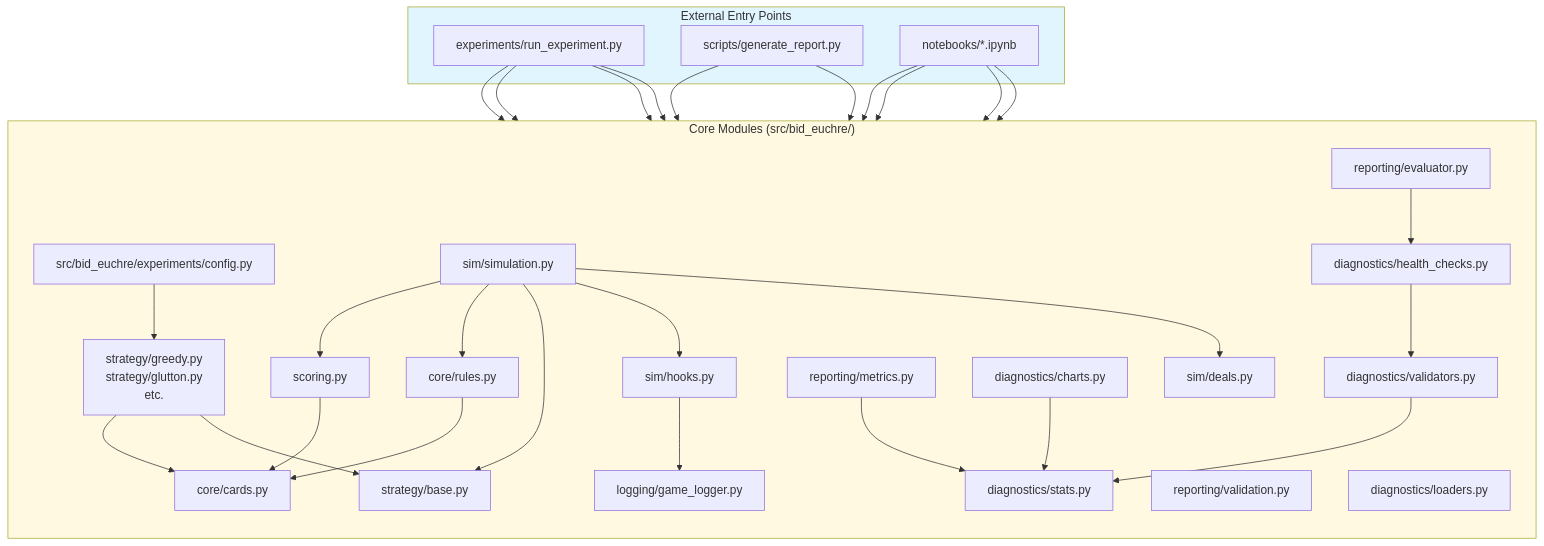
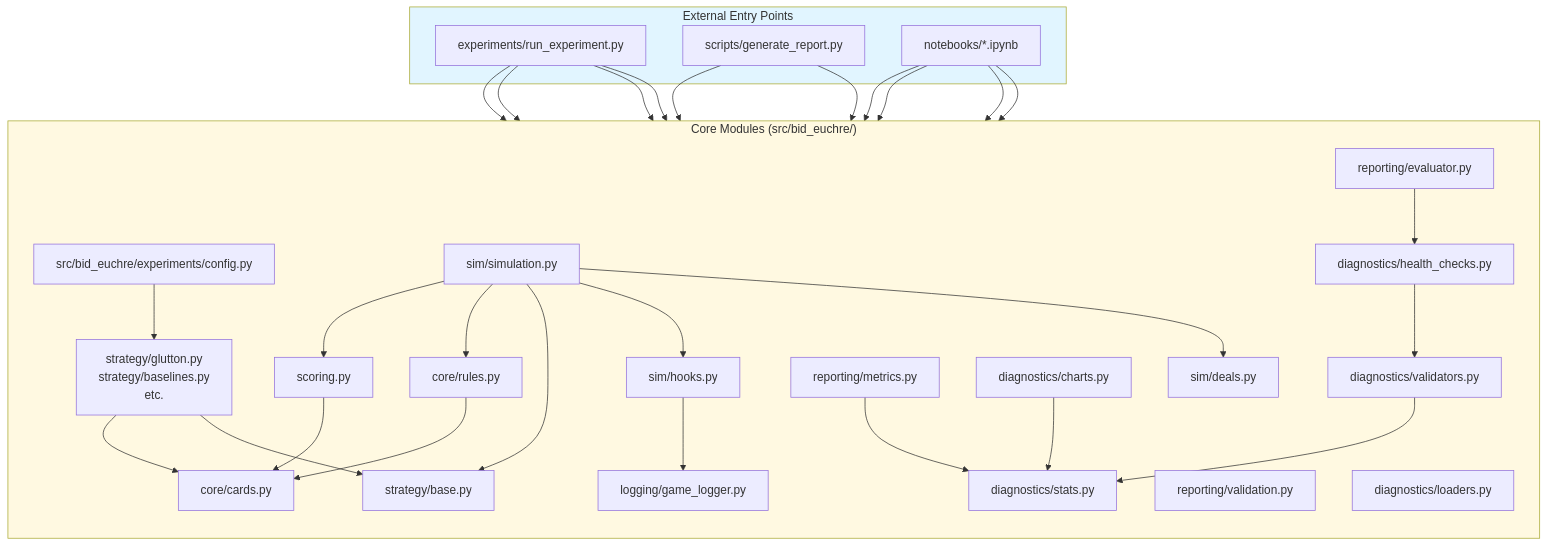
Before and after one commit to Questuart/Bid-Euchre: the fourth of 8 diagrams in docs/FLOW_DIAGRAM.md, drawn with Mermaid. The commit also changed 1 other file, not shown here.

Commit message:
fix(docs): update greedy.py → glutton.py references in docs
Fix docs freshness check failure — STRATEGY_VERSIONING.md and
FLOW_DIAGRAM.md still referenced the old file path.

````diff
--- a/docs/FLOW_DIAGRAM.md
+++ b/docs/FLOW_DIAGRAM.md
@@ -223,76 +223,76 @@
 ```mermaid
 flowchart TD
     subgraph External["External Entry Points"]
         RunExp["experiments/run_experiment.py"]
         GenReport["scripts/generate_report.py"]
         Notebooks["notebooks/*.ipynb"]
     end
 
     subgraph Core["Core Modules (src/bid_euchre/)"]
         direction TB
 
         ExpConfig["src/bid_euchre/experiments/config.py"]
 
         SimDeals["sim/deals.py"]
         SimEngine["sim/simulation.py"]
         SimHooks["sim/hooks.py"]
 
         CoreCards["core/cards.py"]
         CoreRules["core/rules.py"]
         Scoring["scoring.py"]
 
         StratBase["strategy/base.py"]
-        StratImpl["strategy/greedy.py<br/>strategy/glutton.py<br/>etc."]
+        StratImpl["strategy/glutton.py<br/>strategy/baselines.py<br/>etc."]
 
         Logger["logging/game_logger.py"]
 
         RepEvaluator["reporting/evaluator.py"]
         RepMetrics["reporting/metrics.py"]
         RepValidation["reporting/validation.py"]
 
         DiagLoaders["diagnostics/loaders.py"]
         DiagCharts["diagnostics/charts.py"]
         DiagStats["diagnostics/stats.py"]
         DiagHealth["diagnostics/health_checks.py"]
         DiagValidators["diagnostics/validators.py"]
     end
 
     RunExp --> ExpConfig
     RunExp --> SimEngine
     RunExp --> Logger
     RunExp --> RepEvaluator
 
     ExpConfig --> StratImpl
 
     SimEngine --> SimDeals
     SimEngine --> SimHooks
     SimEngine --> StratBase
     SimEngine --> CoreRules
     SimEngine --> Scoring
 
     CoreRules --> CoreCards
     Scoring --> CoreCards
 
     StratImpl --> StratBase
     StratImpl --> CoreCards
 
     SimHooks --> Logger
 
     GenReport --> RepEvaluator
     GenReport --> RepMetrics
 
     RepEvaluator --> DiagHealth
     RepMetrics --> DiagStats
 
     Notebooks --> DiagCharts
     Notebooks --> DiagStats
     Notebooks --> DiagHealth
     Notebooks --> DiagLoaders
 
     DiagCharts --> DiagStats
     DiagHealth --> DiagValidators
     DiagValidators --> DiagStats
 
     style External fill:#e1f5ff
     style Core fill:#fff9e1
 ```
````
